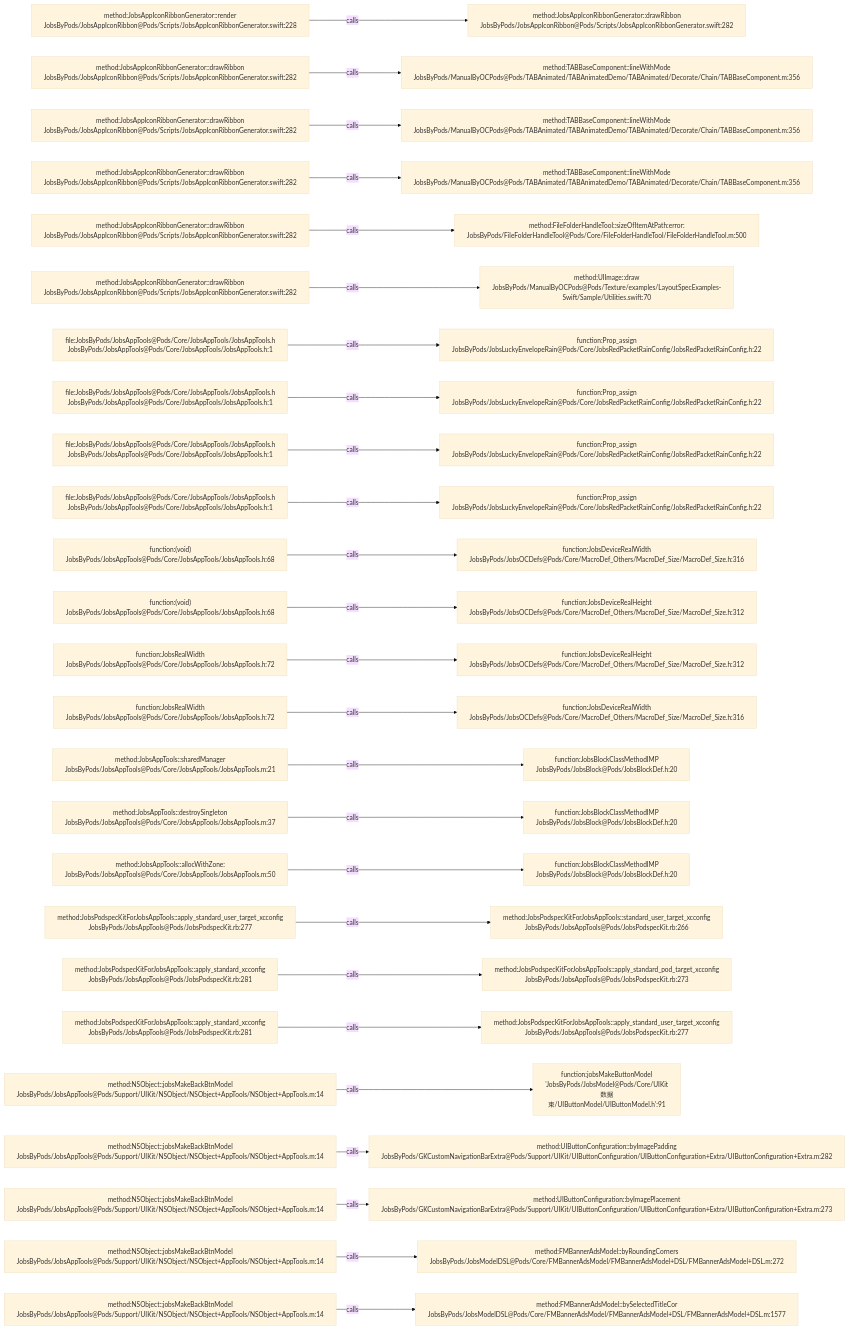
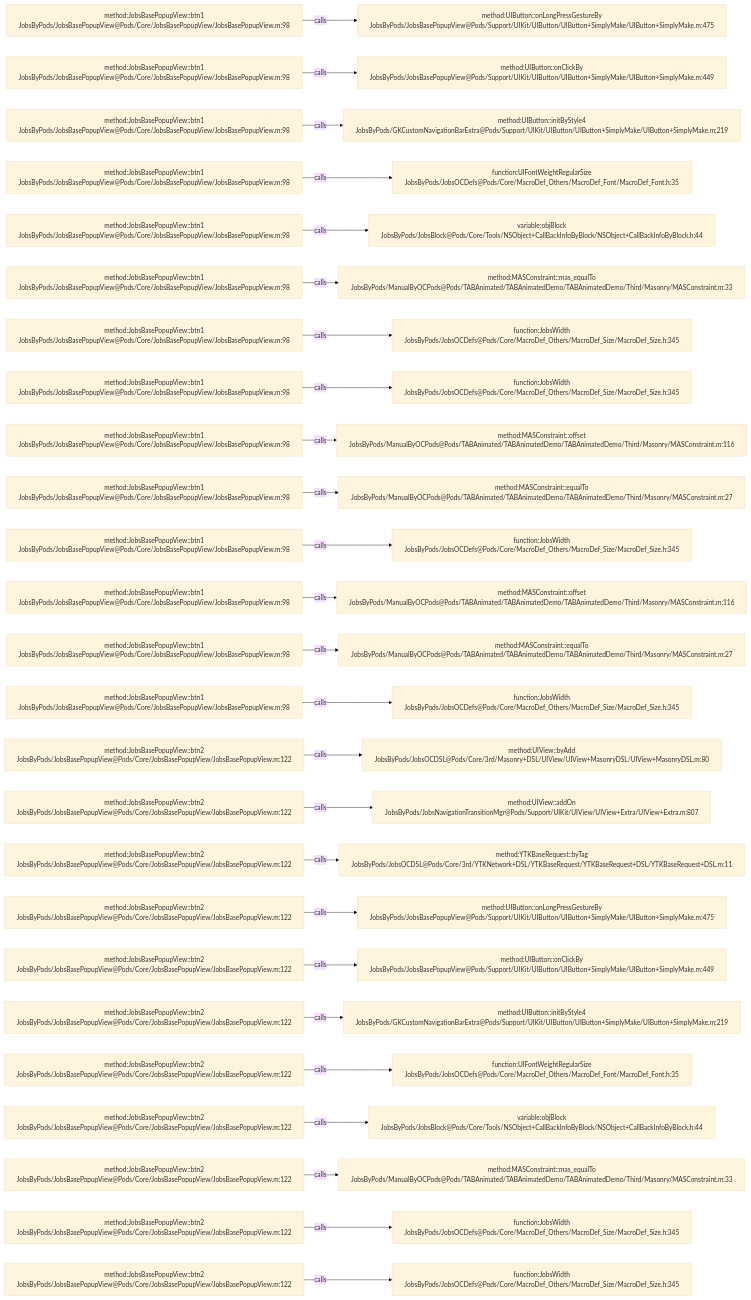
One commit to JobsKits/JobsOCBaseConfigDemo changed the diagram in .codegraph/codegraph.md/graphs/calls-198.md. Above: the diagram before and after it, drawn with Mermaid (base theme). The commit also changed 223 other files, not shown here.

````diff
--- a/.codegraph/codegraph.md/graphs/calls-198.md
+++ b/.codegraph/codegraph.md/graphs/calls-198.md
@@ -13,78 +13,78 @@
 ```mermaid
 flowchart LR
-  S1["method:JobsAppIconRibbonGenerator::render<br/>JobsByPods/JobsAppIconRibbon@Pods/Scripts/JobsAppIconRibbonGenerator.swift:228"]
-  T1["method:JobsAppIconRibbonGenerator::drawRibbon<br/>JobsByPods/JobsAppIconRibbon@Pods/Scripts/JobsAppIconRibbonGenerator.swift:282"]
+  S1["method:JobsBasePopupView::btn1<br/>JobsByPods/JobsBasePopupView@Pods/Core/JobsBasePopupView/JobsBasePopupView.m:98"]
+  T1["method:UIButton::onLongPressGestureBy<br/>JobsByPods/JobsBasePopupView@Pods/Support/UIKit/UIButton/UIButton+SimplyMake/UIButton+SimplyMake.m:475"]
   S1 -->|calls| T1
-  S2["method:JobsAppIconRibbonGenerator::drawRibbon<br/>JobsByPods/JobsAppIconRibbon@Pods/Scripts/JobsAppIconRibbonGenerator.swift:282"]
-  T2["method:TABBaseComponent::lineWithMode<br/>JobsByPods/ManualByOCPods@Pods/TABAnimated/TABAnimatedDemo/TABAnimated/Decorate/Chain/TABBaseComponent.m:356"]
+  S2["method:JobsBasePopupView::btn1<br/>JobsByPods/JobsBasePopupView@Pods/Core/JobsBasePopupView/JobsBasePopupView.m:98"]
+  T2["method:UIButton::onClickBy<br/>JobsByPods/JobsBasePopupView@Pods/Support/UIKit/UIButton/UIButton+SimplyMake/UIButton+SimplyMake.m:449"]
   S2 -->|calls| T2
-  S3["method:JobsAppIconRibbonGenerator::drawRibbon<br/>JobsByPods/JobsAppIconRibbon@Pods/Scripts/JobsAppIconRibbonGenerator.swift:282"]
-  T3["method:TABBaseComponent::lineWithMode<br/>JobsByPods/ManualByOCPods@Pods/TABAnimated/TABAnimatedDemo/TABAnimated/Decorate/Chain/TABBaseComponent.m:356"]
+  S3["method:JobsBasePopupView::btn1<br/>JobsByPods/JobsBasePopupView@Pods/Core/JobsBasePopupView/JobsBasePopupView.m:98"]
+  T3["method:UIButton::initByStyle4<br/>JobsByPods/GKCustomNavigationBarExtra@Pods/Support/UIKit/UIButton/UIButton+SimplyMake/UIButton+SimplyMake.m:219"]
   S3 -->|calls| T3
-  S4["method:JobsAppIconRibbonGenerator::drawRibbon<br/>JobsByPods/JobsAppIconRibbon@Pods/Scripts/JobsAppIconRibbonGenerator.swift:282"]
-  T4["method:TABBaseComponent::lineWithMode<br/>JobsByPods/ManualByOCPods@Pods/TABAnimated/TABAnimatedDemo/TABAnimated/Decorate/Chain/TABBaseComponent.m:356"]
+  S4["method:JobsBasePopupView::btn1<br/>JobsByPods/JobsBasePopupView@Pods/Core/JobsBasePopupView/JobsBasePopupView.m:98"]
+  T4["function:UIFontWeightRegularSize<br/>JobsByPods/JobsOCDefs@Pods/Core/MacroDef_Others/MacroDef_Font/MacroDef_Font.h:35"]
   S4 -->|calls| T4
-  S5["method:JobsAppIconRibbonGenerator::drawRibbon<br/>JobsByPods/JobsAppIconRibbon@Pods/Scripts/JobsAppIconRibbonGenerator.swift:282"]
-  T5["method:FileFolderHandleTool::sizeOfItemAtPath:error:<br/>JobsByPods/FileFolderHandleTool@Pods/Core/FileFolderHandleTool/FileFolderHandleTool.m:500"]
+  S5["method:JobsBasePopupView::btn1<br/>JobsByPods/JobsBasePopupView@Pods/Core/JobsBasePopupView/JobsBasePopupView.m:98"]
+  T5["variable:objBlock<br/>JobsByPods/JobsBlock@Pods/Core/Tools/NSObject+CallBackInfoByBlock/NSObject+CallBackInfoByBlock.h:44"]
   S5 -->|calls| T5
-  S6["method:JobsAppIconRibbonGenerator::drawRibbon<br/>JobsByPods/JobsAppIconRibbon@Pods/Scripts/JobsAppIconRibbonGenerator.swift:282"]
-  T6["method:UIImage::draw<br/>JobsByPods/ManualByOCPods@Pods/Texture/examples/LayoutSpecExamples-Swift/Sample/Utilities.swift:70"]
+  S6["method:JobsBasePopupView::btn1<br/>JobsByPods/JobsBasePopupView@Pods/Core/JobsBasePopupView/JobsBasePopupView.m:98"]
+  T6["method:MASConstraint::mas_equalTo<br/>JobsByPods/ManualByOCPods@Pods/TABAnimated/TABAnimatedDemo/TABAnimatedDemo/Third/Masonry/MASConstraint.m:33"]
   S6 -->|calls| T6
-  S7["file:JobsByPods/JobsAppTools@Pods/Core/JobsAppTools/JobsAppTools.h<br/>JobsByPods/JobsAppTools@Pods/Core/JobsAppTools/JobsAppTools.h:1"]
-  T7["function:Prop_assign<br/>JobsByPods/JobsLuckyEnvelopeRain@Pods/Core/JobsRedPacketRainConfig/JobsRedPacketRainConfig.h:22"]
+  S7["method:JobsBasePopupView::btn1<br/>JobsByPods/JobsBasePopupView@Pods/Core/JobsBasePopupView/JobsBasePopupView.m:98"]
+  T7["function:JobsWidth<br/>JobsByPods/JobsOCDefs@Pods/Core/MacroDef_Others/MacroDef_Size/MacroDef_Size.h:345"]
   S7 -->|calls| T7
-  S8["file:JobsByPods/JobsAppTools@Pods/Core/JobsAppTools/JobsAppTools.h<br/>JobsByPods/JobsAppTools@Pods/Core/JobsAppTools/JobsAppTools.h:1"]
-  T8["function:Prop_assign<br/>JobsByPods/JobsLuckyEnvelopeRain@Pods/Core/JobsRedPacketRainConfig/JobsRedPacketRainConfig.h:22"]
+  S8["method:JobsBasePopupView::btn1<br/>JobsByPods/JobsBasePopupView@Pods/Core/JobsBasePopupView/JobsBasePopupView.m:98"]
+  T8["function:JobsWidth<br/>JobsByPods/JobsOCDefs@Pods/Core/MacroDef_Others/MacroDef_Size/MacroDef_Size.h:345"]
   S8 -->|calls| T8
-  S9["file:JobsByPods/JobsAppTools@Pods/Core/JobsAppTools/JobsAppTools.h<br/>JobsByPods/JobsAppTools@Pods/Core/JobsAppTools/JobsAppTools.h:1"]
-  T9["function:Prop_assign<br/>JobsByPods/JobsLuckyEnvelopeRain@Pods/Core/JobsRedPacketRainConfig/JobsRedPacketRainConfig.h:22"]
+  S9["method:JobsBasePopupView::btn1<br/>JobsByPods/JobsBasePopupView@Pods/Core/JobsBasePopupView/JobsBasePopupView.m:98"]
+  T9["method:MASConstraint::offset<br/>JobsByPods/ManualByOCPods@Pods/TABAnimated/TABAnimatedDemo/TABAnimatedDemo/Third/Masonry/MASConstraint.m:116"]
   S9 -->|calls| T9
-  S10["file:JobsByPods/JobsAppTools@Pods/Core/JobsAppTools/JobsAppTools.h<br/>JobsByPods/JobsAppTools@Pods/Core/JobsAppTools/JobsAppTools.h:1"]
-  T10["function:Prop_assign<br/>JobsByPods/JobsLuckyEnvelopeRain@Pods/Core/JobsRedPacketRainConfig/JobsRedPacketRainConfig.h:22"]
+  S10["method:JobsBasePopupView::btn1<br/>JobsByPods/JobsBasePopupView@Pods/Core/JobsBasePopupView/JobsBasePopupView.m:98"]
+  T10["method:MASConstraint::equalTo<br/>JobsByPods/ManualByOCPods@Pods/TABAnimated/TABAnimatedDemo/TABAnimatedDemo/Third/Masonry/MASConstraint.m:27"]
   S10 -->|calls| T10
-  S11["function:(void)<br/>JobsByPods/JobsAppTools@Pods/Core/JobsAppTools/JobsAppTools.h:68"]
-  T11["function:JobsDeviceRealWidth<br/>JobsByPods/JobsOCDefs@Pods/Core/MacroDef_Others/MacroDef_Size/MacroDef_Size.h:316"]
+  S11["method:JobsBasePopupView::btn1<br/>JobsByPods/JobsBasePopupView@Pods/Core/JobsBasePopupView/JobsBasePopupView.m:98"]
+  T11["function:JobsWidth<br/>JobsByPods/JobsOCDefs@Pods/Core/MacroDef_Others/MacroDef_Size/MacroDef_Size.h:345"]
   S11 -->|calls| T11
-  S12["function:(void)<br/>JobsByPods/JobsAppTools@Pods/Core/JobsAppTools/JobsAppTools.h:68"]
-  T12["function:JobsDeviceRealHeight<br/>JobsByPods/JobsOCDefs@Pods/Core/MacroDef_Others/MacroDef_Size/MacroDef_Size.h:312"]
+  S12["method:JobsBasePopupView::btn1<br/>JobsByPods/JobsBasePopupView@Pods/Core/JobsBasePopupView/JobsBasePopupView.m:98"]
+  T12["method:MASConstraint::offset<br/>JobsByPods/ManualByOCPods@Pods/TABAnimated/TABAnimatedDemo/TABAnimatedDemo/Third/Masonry/MASConstraint.m:116"]
   S12 -->|calls| T12
-  S13["function:JobsRealWidth<br/>JobsByPods/JobsAppTools@Pods/Core/JobsAppTools/JobsAppTools.h:72"]
-  T13["function:JobsDeviceRealHeight<br/>JobsByPods/JobsOCDefs@Pods/Core/MacroDef_Others/MacroDef_Size/MacroDef_Size.h:312"]
+  S13["method:JobsBasePopupView::btn1<br/>JobsByPods/JobsBasePopupView@Pods/Core/JobsBasePopupView/JobsBasePopupView.m:98"]
+  T13["method:MASConstraint::equalTo<br/>JobsByPods/ManualByOCPods@Pods/TABAnimated/TABAnimatedDemo/TABAnimatedDemo/Third/Masonry/MASConstraint.m:27"]
   S13 -->|calls| T13
-  S14["function:JobsRealWidth<br/>JobsByPods/JobsAppTools@Pods/Core/JobsAppTools/JobsAppTools.h:72"]
-  T14["function:JobsDeviceRealWidth<br/>JobsByPods/JobsOCDefs@Pods/Core/MacroDef_Others/MacroDef_Size/MacroDef_Size.h:316"]
+  S14["method:JobsBasePopupView::btn1<br/>JobsByPods/JobsBasePopupView@Pods/Core/JobsBasePopupView/JobsBasePopupView.m:98"]
+  T14["function:JobsWidth<br/>JobsByPods/JobsOCDefs@Pods/Core/MacroDef_Others/MacroDef_Size/MacroDef_Size.h:345"]
   S14 -->|calls| T14
-  S15["method:JobsAppTools::sharedManager<br/>JobsByPods/JobsAppTools@Pods/Core/JobsAppTools/JobsAppTools.m:21"]
-  T15["function:JobsBlockClassMethodIMP<br/>JobsByPods/JobsBlock@Pods/JobsBlockDef.h:20"]
+  S15["method:JobsBasePopupView::btn2<br/>JobsByPods/JobsBasePopupView@Pods/Core/JobsBasePopupView/JobsBasePopupView.m:122"]
+  T15["method:UIView::byAdd<br/>JobsByPods/JobsOCDSL@Pods/Core/3rd/Masonry+DSL/UIView/UIView+MasonryDSL/UIView+MasonryDSL.m:80"]
   S15 -->|calls| T15
-  S16["method:JobsAppTools::destroySingleton<br/>JobsByPods/JobsAppTools@Pods/Core/JobsAppTools/JobsAppTools.m:37"]
-  T16["function:JobsBlockClassMethodIMP<br/>JobsByPods/JobsBlock@Pods/JobsBlockDef.h:20"]
+  S16["method:JobsBasePopupView::btn2<br/>JobsByPods/JobsBasePopupView@Pods/Core/JobsBasePopupView/JobsBasePopupView.m:122"]
+  T16["method:UIView::addOn<br/>JobsByPods/JobsNavigationTransitionMgr@Pods/Support/UIKit/UIView/UIView+Extra/UIView+Extra.m:807"]
   S16 -->|calls| T16
-  S17["method:JobsAppTools::allocWithZone:<br/>JobsByPods/JobsAppTools@Pods/Core/JobsAppTools/JobsAppTools.m:50"]
-  T17["function:JobsBlockClassMethodIMP<br/>JobsByPods/JobsBlock@Pods/JobsBlockDef.h:20"]
+  S17["method:JobsBasePopupView::btn2<br/>JobsByPods/JobsBasePopupView@Pods/Core/JobsBasePopupView/JobsBasePopupView.m:122"]
+  T17["method:YTKBaseRequest::byTag<br/>JobsByPods/JobsOCDSL@Pods/Core/3rd/YTKNetwork+DSL/YTKBaseRequest/YTKBaseRequest+DSL/YTKBaseRequest+DSL.m:11"]
   S17 -->|calls| T17
-  S18["method:JobsPodspecKitForJobsAppTools::apply_standard_user_target_xcconfig<br/>JobsByPods/JobsAppTools@Pods/JobsPodspecKit.rb:277"]
-  T18["method:JobsPodspecKitForJobsAppTools::standard_user_target_xcconfig<br/>JobsByPods/JobsAppTools@Pods/JobsPodspecKit.rb:266"]
+  S18["method:JobsBasePopupView::btn2<br/>JobsByPods/JobsBasePopupView@Pods/Core/JobsBasePopupView/JobsBasePopupView.m:122"]
+  T18["method:UIButton::onLongPressGestureBy<br/>JobsByPods/JobsBasePopupView@Pods/Support/UIKit/UIButton/UIButton+SimplyMake/UIButton+SimplyMake.m:475"]
   S18 -->|calls| T18
-  S19["method:JobsPodspecKitForJobsAppTools::apply_standard_xcconfig<br/>JobsByPods/JobsAppTools@Pods/JobsPodspecKit.rb:281"]
-  T19["method:JobsPodspecKitForJobsAppTools::apply_standard_pod_target_xcconfig<br/>JobsByPods/JobsAppTools@Pods/JobsPodspecKit.rb:273"]
+  S19["method:JobsBasePopupView::btn2<br/>JobsByPods/JobsBasePopupView@Pods/Core/JobsBasePopupView/JobsBasePopupView.m:122"]
+  T19["method:UIButton::onClickBy<br/>JobsByPods/JobsBasePopupView@Pods/Support/UIKit/UIButton/UIButton+SimplyMake/UIButton+SimplyMake.m:449"]
   S19 -->|calls| T19
-  S20["method:JobsPodspecKitForJobsAppTools::apply_standard_xcconfig<br/>JobsByPods/JobsAppTools@Pods/JobsPodspecKit.rb:281"]
-  T20["method:JobsPodspecKitForJobsAppTools::apply_standard_user_target_xcconfig<br/>JobsByPods/JobsAppTools@Pods/JobsPodspecKit.rb:277"]
+  S20["method:JobsBasePopupView::btn2<br/>JobsByPods/JobsBasePopupView@Pods/Core/JobsBasePopupView/JobsBasePopupView.m:122"]
+  T20["method:UIButton::initByStyle4<br/>JobsByPods/GKCustomNavigationBarExtra@Pods/Support/UIKit/UIButton/UIButton+SimplyMake/UIButton+SimplyMake.m:219"]
   S20 -->|calls| T20
-  S21["method:NSObject::jobsMakeBackBtnModel<br/>JobsByPods/JobsAppTools@Pods/Support/UIKit/NSObject/NSObject+AppTools/NSObject+AppTools.m:14"]
-  T21["function:jobsMakeButtonModel<br/>'JobsByPods/JobsModel@Pods/Core/UIKit数据束/UIButtonModel/UIButtonModel.h':91"]
+  S21["method:JobsBasePopupView::btn2<br/>JobsByPods/JobsBasePopupView@Pods/Core/JobsBasePopupView/JobsBasePopupView.m:122"]
+  T21["function:UIFontWeightRegularSize<br/>JobsByPods/JobsOCDefs@Pods/Core/MacroDef_Others/MacroDef_Font/MacroDef_Font.h:35"]
   S21 -->|calls| T21
-  S22["method:NSObject::jobsMakeBackBtnModel<br/>JobsByPods/JobsAppTools@Pods/Support/UIKit/NSObject/NSObject+AppTools/NSObject+AppTools.m:14"]
-  T22["method:UIButtonConfiguration::byImagePadding<br/>JobsByPods/GKCustomNavigationBarExtra@Pods/Support/UIKit/UIButtonConfiguration/UIButtonConfiguration+Extra/UIButtonConfiguration+Extra.m:282"]
+  S22["method:JobsBasePopupView::btn2<br/>JobsByPods/JobsBasePopupView@Pods/Core/JobsBasePopupView/JobsBasePopupView.m:122"]
+  T22["variable:objBlock<br/>JobsByPods/JobsBlock@Pods/Core/Tools/NSObject+CallBackInfoByBlock/NSObject+CallBackInfoByBlock.h:44"]
   S22 -->|calls| T22
-  S23["method:NSObject::jobsMakeBackBtnModel<br/>JobsByPods/JobsAppTools@Pods/Support/UIKit/NSObject/NSObject+AppTools/NSObject+AppTools.m:14"]
-  T23["method:UIButtonConfiguration::byImagePlacement<br/>JobsByPods/GKCustomNavigationBarExtra@Pods/Support/UIKit/UIButtonConfiguration/UIButtonConfiguration+Extra/UIButtonConfiguration+Extra.m:273"]
+  S23["method:JobsBasePopupView::btn2<br/>JobsByPods/JobsBasePopupView@Pods/Core/JobsBasePopupView/JobsBasePopupView.m:122"]
+  T23["method:MASConstraint::mas_equalTo<br/>JobsByPods/ManualByOCPods@Pods/TABAnimated/TABAnimatedDemo/TABAnimatedDemo/Third/Masonry/MASConstraint.m:33"]
   S23 -->|calls| T23
-  S24["method:NSObject::jobsMakeBackBtnModel<br/>JobsByPods/JobsAppTools@Pods/Support/UIKit/NSObject/NSObject+AppTools/NSObject+AppTools.m:14"]
-  T24["method:FMBannerAdsModel::byRoundingCorners<br/>JobsByPods/JobsModelDSL@Pods/Core/FMBannerAdsModel/FMBannerAdsModel+DSL/FMBannerAdsModel+DSL.m:272"]
+  S24["method:JobsBasePopupView::btn2<br/>JobsByPods/JobsBasePopupView@Pods/Core/JobsBasePopupView/JobsBasePopupView.m:122"]
+  T24["function:JobsWidth<br/>JobsByPods/JobsOCDefs@Pods/Core/MacroDef_Others/MacroDef_Size/MacroDef_Size.h:345"]
   S24 -->|calls| T24
-  S25["method:NSObject::jobsMakeBackBtnModel<br/>JobsByPods/JobsAppTools@Pods/Support/UIKit/NSObject/NSObject+AppTools/NSObject+AppTools.m:14"]
-  T25["method:FMBannerAdsModel::bySelectedTitleCor<br/>JobsByPods/JobsModelDSL@Pods/Core/FMBannerAdsModel/FMBannerAdsModel+DSL/FMBannerAdsModel+DSL.m:1577"]
+  S25["method:JobsBasePopupView::btn2<br/>JobsByPods/JobsBasePopupView@Pods/Core/JobsBasePopupView/JobsBasePopupView.m:122"]
+  T25["function:JobsWidth<br/>JobsByPods/JobsOCDefs@Pods/Core/MacroDef_Others/MacroDef_Size/MacroDef_Size.h:345"]
   S25 -->|calls| T25
 ```
````
